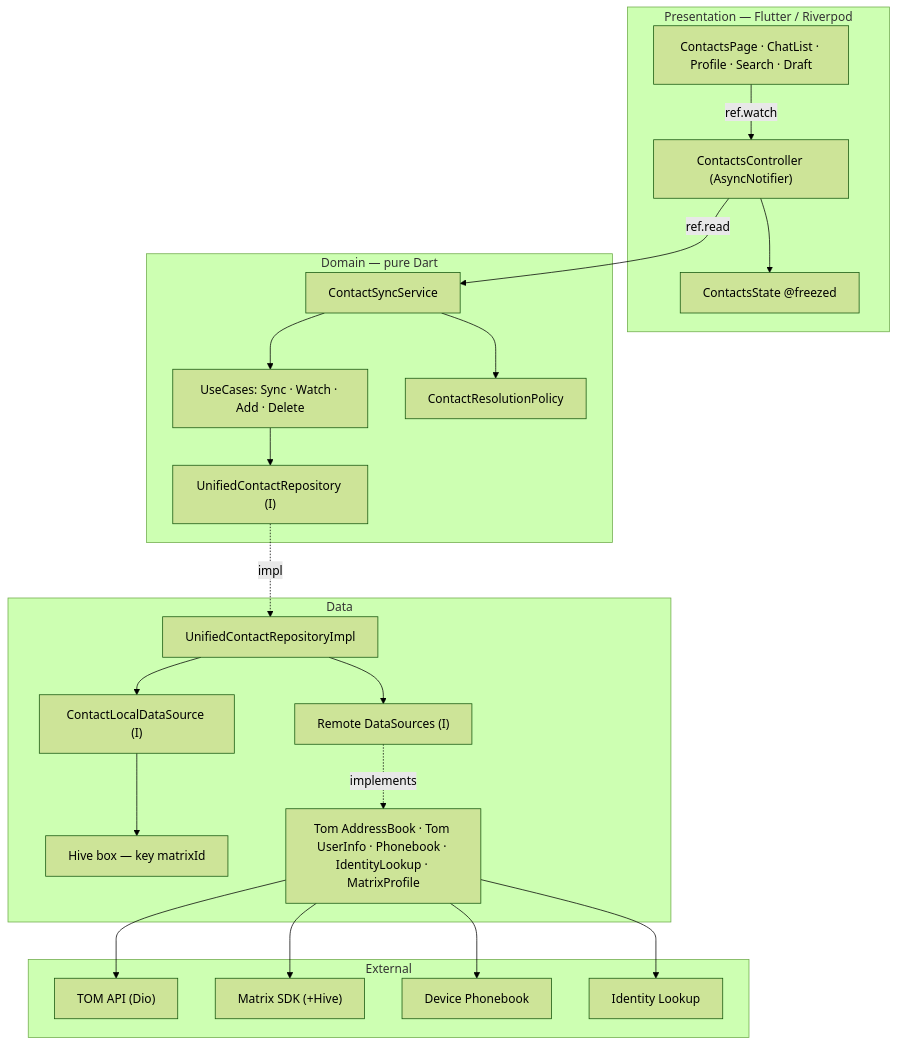
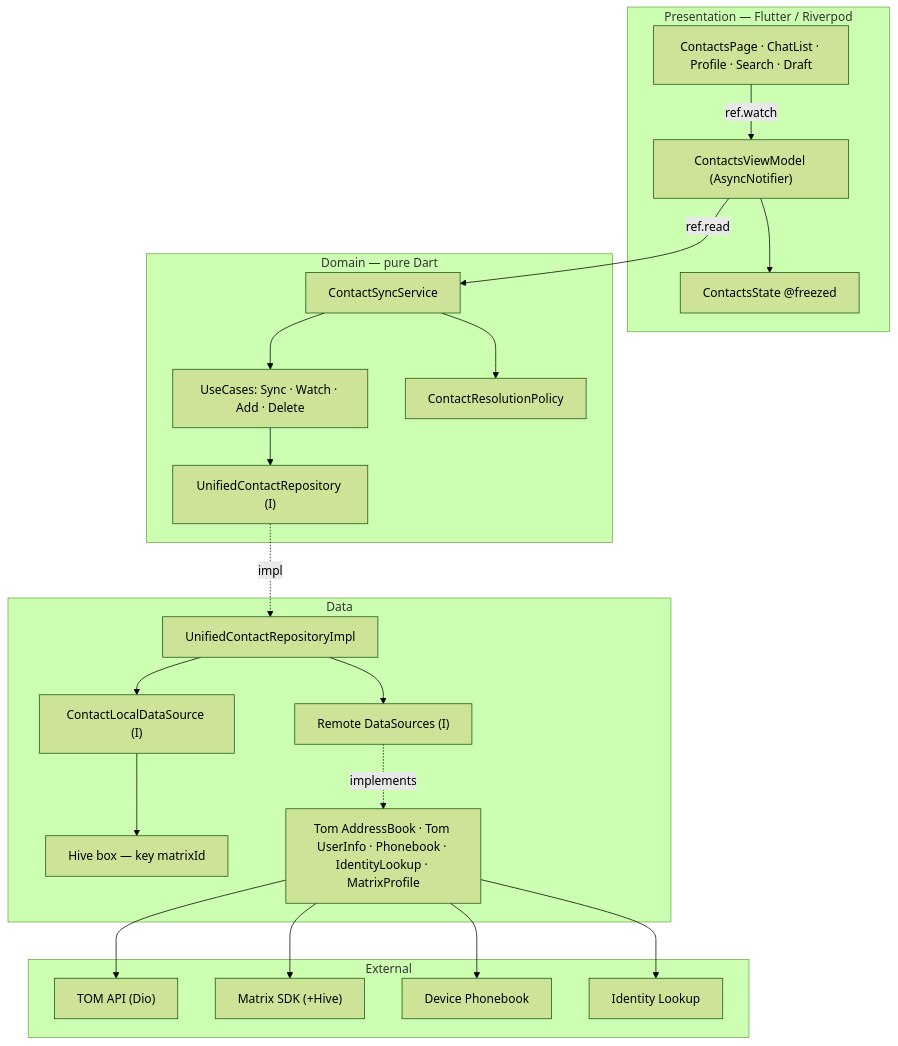
One commit to linagora/twake-on-matrix changed the diagram in docs/migration/04_contacts_module.md. Above: the diagram before and after it, drawn with Mermaid (forest theme). The commit also changed other lines of this file and 21 other files, not shown here.

````diff
--- a/docs/migration/04_contacts_module.md
+++ b/docs/migration/04_contacts_module.md
@@ -249,44 +249,44 @@
 ```mermaid
 flowchart TB
     subgraph PRES["Presentation — Flutter / Riverpod"]
         UI["ContactsPage · ChatList · Profile · Search · Draft"]
-        CTRL["ContactsController (AsyncNotifier)"]
+        CTRL["ContactsViewModel (AsyncNotifier)"]
         STATE["ContactsState @freezed"]
         UI -->|ref.watch| CTRL
         CTRL --> STATE
     end
 
     subgraph DOM["Domain — pure Dart"]
         SVC["ContactSyncService"]
         UC["UseCases: Sync · Watch · Add · Delete"]
         POL["ContactResolutionPolicy"]
         REPO_I["UnifiedContactRepository (I)"]
         SVC --> UC --> REPO_I
         SVC --> POL
     end
 
     subgraph DATA["Data"]
         REPO["UnifiedContactRepositoryImpl"]
         LOCAL_I["ContactLocalDataSource (I)"]
         LOCAL["Hive box — key matrixId"]
         REMOTE["Remote DataSources (I)"]
         REMOTE_IMPL["Tom AddressBook · Tom UserInfo · Phonebook · IdentityLookup · MatrixProfile"]
         REPO --> LOCAL_I --> LOCAL
         REPO --> REMOTE
         REMOTE -.implements.-> REMOTE_IMPL
     end
 
     subgraph EXT["External"]
         TOM["TOM API (Dio)"]
         MX["Matrix SDK (+Hive)"]
         PB["Device Phonebook"]
         ID["Identity Lookup"]
     end
 
     CTRL -->|ref.read| SVC
     REPO_I -.impl.-> REPO
     REMOTE_IMPL --> TOM
     REMOTE_IMPL --> MX
     REMOTE_IMPL --> PB
     REMOTE_IMPL --> ID
 ```
````
